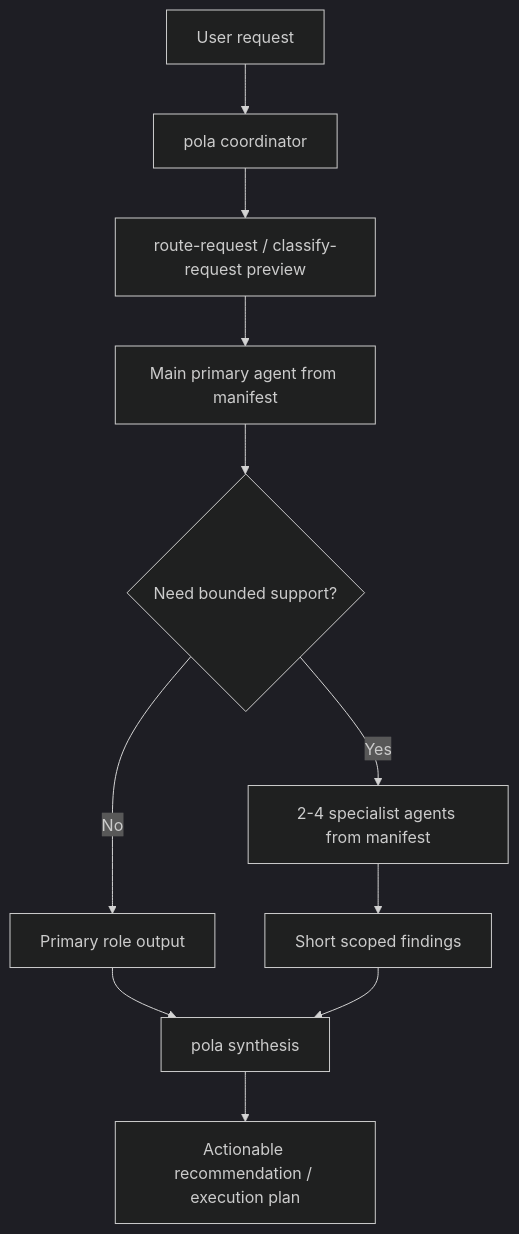
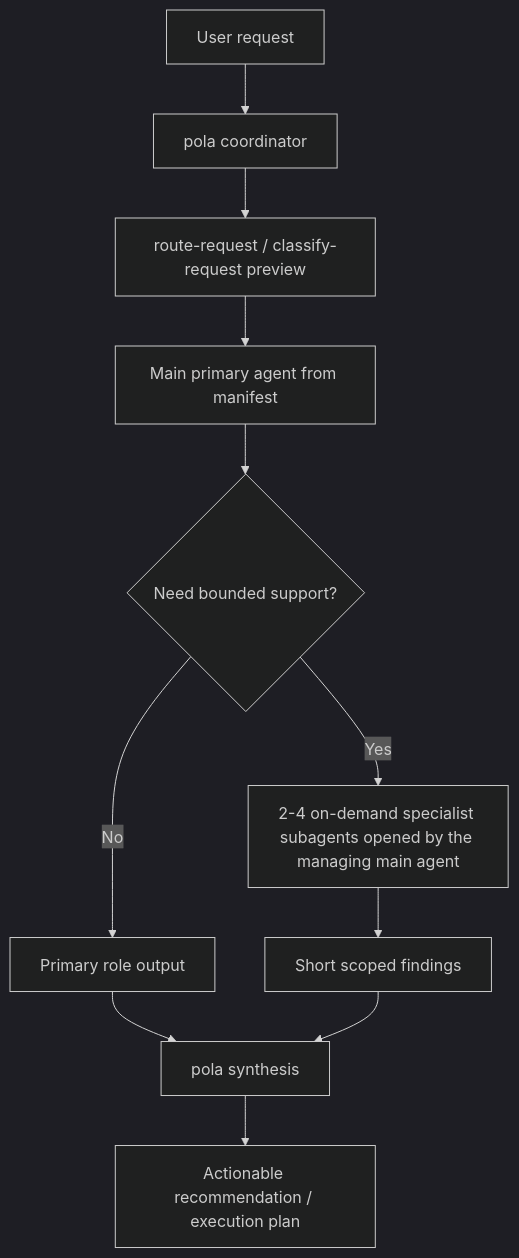
Before and after one commit to liquiid727/SpecOps-Web-Console: the second of 2 diagrams in .agents/README.md, drawn with Mermaid (dark theme). The commit also changed other lines of this file and 972 other files, not shown here.

````diff
--- a/.agents/README.md
+++ b/.agents/README.md
@@ -184,13 +194,13 @@
 ```mermaid
 flowchart TD
   A["User request"] --> B["pola coordinator"]
   B --> C["route-request / classify-request preview"]
   C --> D["Main primary agent from manifest"]
   D --> E{"Need bounded support?"}
   E -->|No| F["Primary role output"]
-  E -->|Yes| G["2-4 specialist agents from manifest"]
+  E -->|Yes| G["2-4 on-demand specialist subagents opened by the managing main agent"]
   G --> H["Short scoped findings"]
   F --> I["pola synthesis"]
   H --> I
   I --> J["Actionable recommendation / execution plan"]
 ```
````
